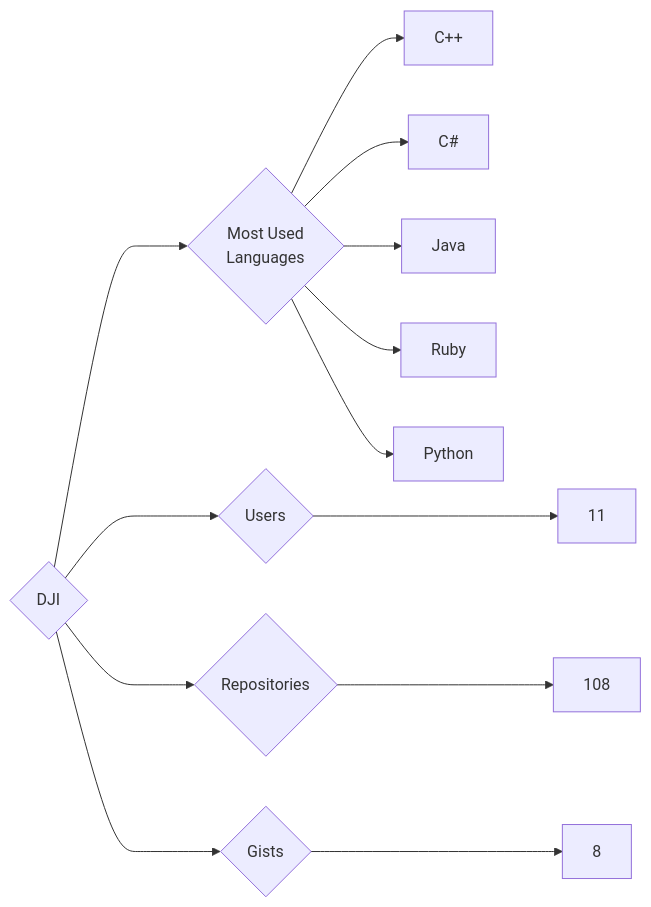
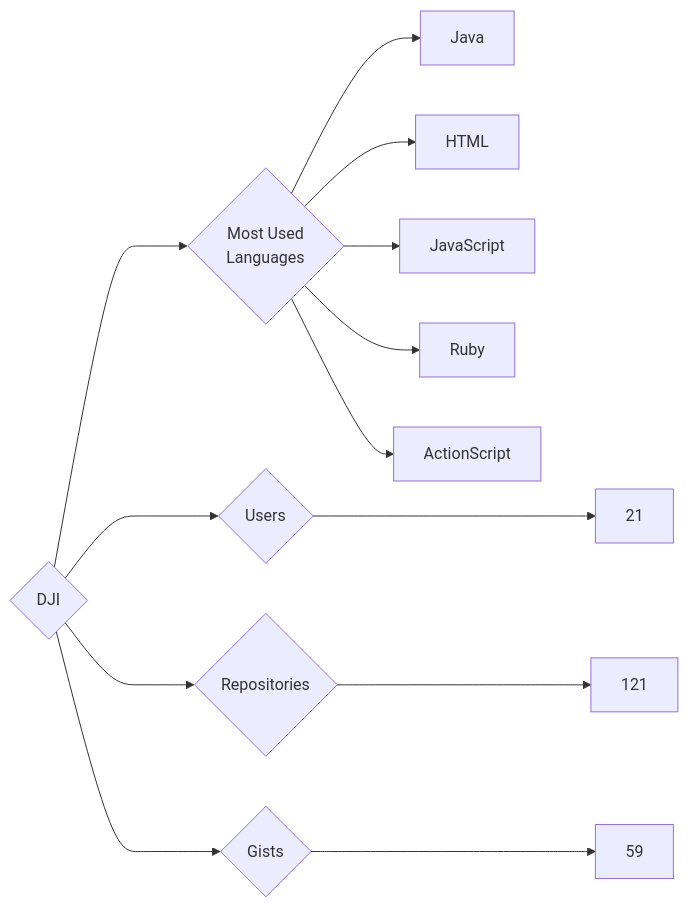
Before and after one commit to trickest/insiders: the diagram in targets/DJI/README.md, drawn with Mermaid. The commit also changed 748 other files, not shown here.

````diff
--- a/targets/DJI/README.md
+++ b/targets/DJI/README.md
@@ -3,13 +3,13 @@
 ```mermaid
 graph LR
 COMPANY_NAME{DJI}
-COMPANY_NAME ---> U{Users} ---> UN[11]
-COMPANY_NAME ---> R{Repositories} ---> RN[108]
-COMPANY_NAME ---> G{Gists} ---> GN[8]
+COMPANY_NAME ---> U{Users} ---> UN[21]
+COMPANY_NAME ---> R{Repositories} ---> RN[121]
+COMPANY_NAME ---> G{Gists} ---> GN[59]
 COMPANY_NAME ---> ML{Most Used<br>Languages}
-ML --> C++[C++]
-ML --> C#[C#]
 ML --> Java[Java]
+ML --> HTML[HTML]
+ML --> JavaScript[JavaScript]
 ML --> Ruby[Ruby]
-ML --> Python[Python]
+ML --> ActionScript[ActionScript]
 ```
````
